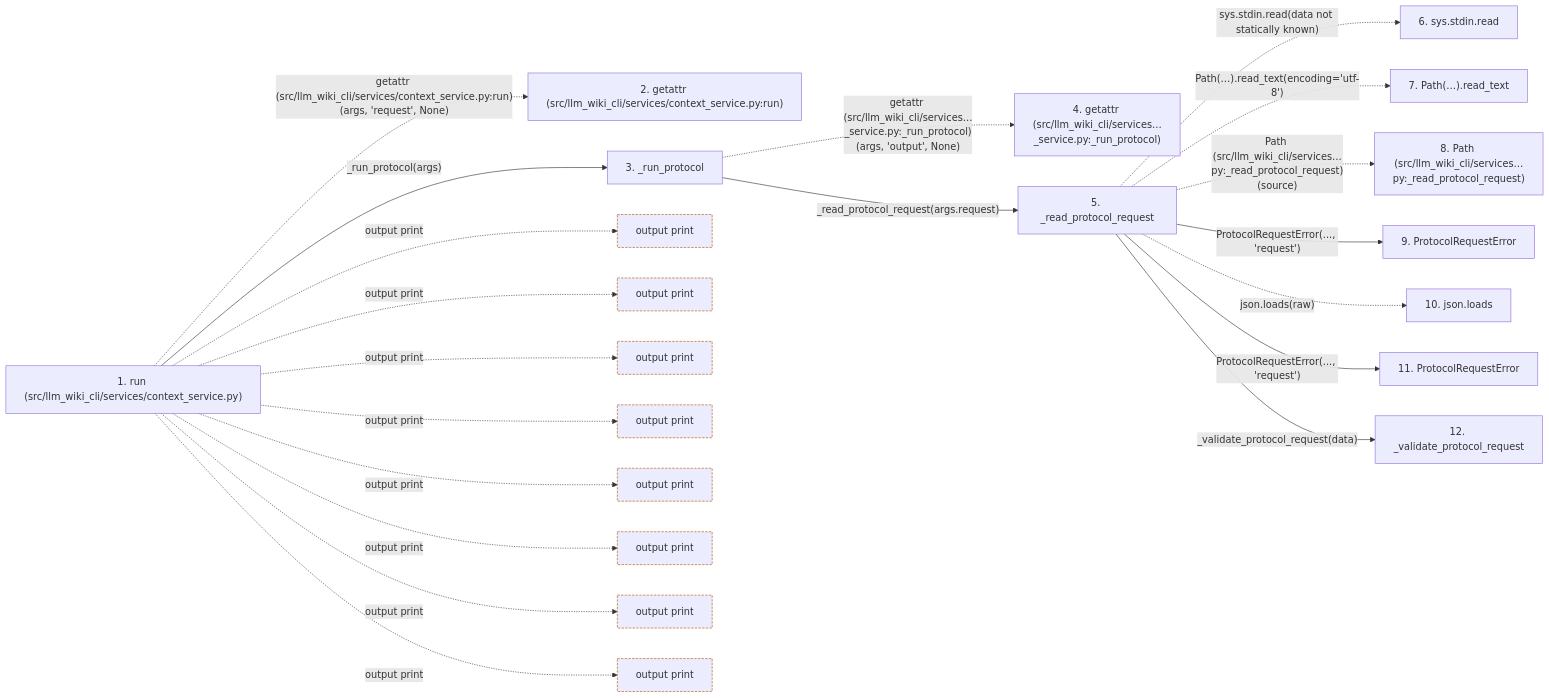
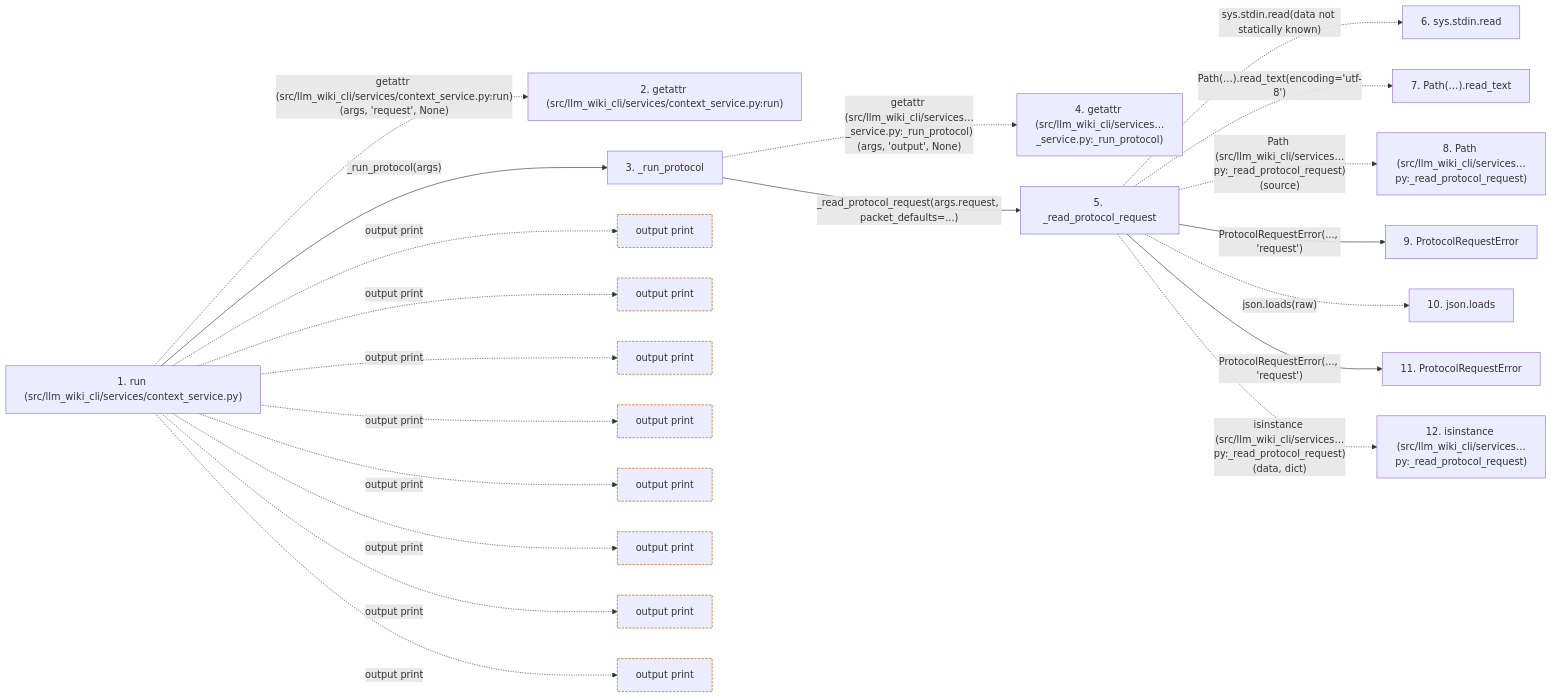
The second of 2 diagrams in docs/llm_wiki/flows/cli-context.md (Denissvgn/python-wiki-llm), drawn with Mermaid before and after one commit. The commit also changed other lines of this file and 341 other files, not shown here.

Commit message:
docs(wiki): anchor 3.0.0 packet defaults and audited retention

````diff
--- a/docs/llm_wiki/flows/cli-context.md
+++ b/docs/llm_wiki/flows/cli-context.md
@@ -141,57 +141,56 @@
 ```mermaid
 flowchart LR
     s1["1. run (src/llm_wiki_cli/services/context_service.py)"]
     s2["2. getattr (src/llm_wiki_cli/services/context_service.py:run)"]
     s3["3. _run_protocol"]
     s4["4. getattr (src/llm_wiki_cli/services…_service.py:_run_protocol)"]
     s5["5. _read_protocol_request"]
     s6["6. sys.stdin.read"]
     s7["7. Path(…).read_text"]
     s8["8. Path (src/llm_wiki_cli/services…py:_read_protocol_request)"]
     s9["9. ProtocolRequestError"]
     s10["10. json.loads"]
     s11["11. ProtocolRequestError"]
-    s12["12. _validate_protocol_request"]
+    s12["12. isinstance (src/llm_wiki_cli/services…py:_read_protocol_request)"]
     s1 -. "getattr (src/llm_wiki_cli/services/context_service.py:run)(args, 'request', None)" .-> s2
     s1 -->|"_run_protocol(args)"| s3
     s3 -. "getattr (src/llm_wiki_cli/services…_service.py:_run_protocol)(args, 'output', None)" .-> s4
-    s3 -->|"_read_protocol_request(args.request)"| s5
+    s3 -->|"_read_protocol_request(args.request, packet_defaults=...)"| s5
     s5 -. "sys.stdin.read(data not statically known)" .-> s6
     s5 -. "Path(…).read_text(encoding='utf-8')" .-> s7
     s5 -. "Path (src/llm_wiki_cli/services…py:_read_protocol_request)(source)" .-> s8
     s5 -->|"ProtocolRequestError(..., 'request')"| s9
     s5 -. "json.loads(raw)" .-> s10
     s5 -->|"ProtocolRequestError(..., 'request')"| s11
-    s5 -->|"_validate_protocol_request(data)"| s12
+    s5 -. "isinstance (src/llm_wiki_cli/services…py:_read_protocol_request)(data, dict)" .-> s12
     b0["output print"]
     s1 -. "output print" .-> b0
     b1["output print"]
     s1 -. "output print" .-> b1
     b2["output print"]
     s1 -. "output print" .-> b2
     b3["output print"]
     s1 -. "output print" .-> b3
     b4["output print"]
     s1 -. "output print" .-> b4
     b5["output print"]
     s1 -. "output print" .-> b5
     b6["output print"]
     s1 -. "output print" .-> b6
     b7["output print"]
     s1 -. "output print" .-> b7
     click s1 "../modules/context_service.md"
     click s3 "../modules/context_service.md"
     click s5 "../modules/context_service.md"
     click s9 "../modules/context_service.md"
     click s11 "../modules/context_service.md"
-    click s12 "../modules/context_service.md"
     classDef boundary stroke:#b45309,stroke-dasharray: 4 2
     class b0 boundary
     class b1 boundary
     class b2 boundary
     class b3 boundary
     class b4 boundary
     class b5 boundary
     class b6 boundary
     class b7 boundary
 ```
````
